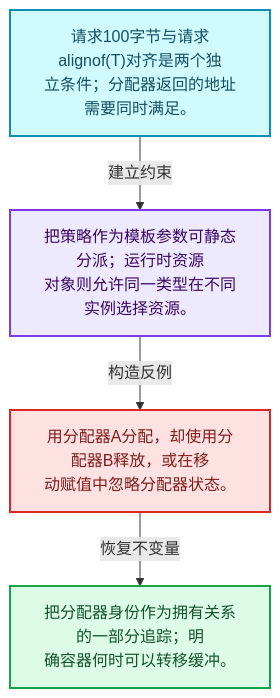
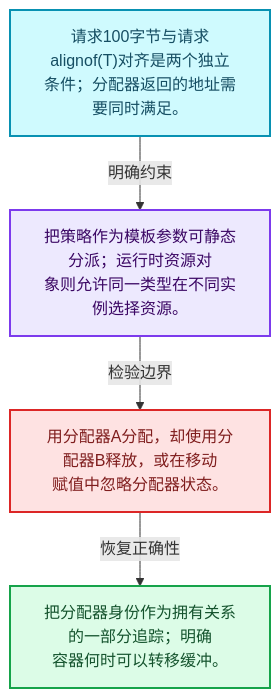
One commit to yunkezengren/blender-.vscode changed the first of 4 diagrams in 杂/markdown/全面学习-codex/01-基础容器与现代CPP/03-内存工具与分配器接口.md. Above: the diagram before and after it, drawn with Mermaid. The commit also changed other lines of this file and 1930 other files, not shown here.

````diff
--- a/杂/markdown/全面学习-codex/01-基础容器与现代CPP/03-内存工具与分配器接口.md
+++ b/杂/markdown/全面学习-codex/01-基础容器与现代CPP/03-内存工具与分配器接口.md
@@ -29,16 +29,16 @@
 ```mermaid
 flowchart TB
-  M["请求100字节与请求alignof(T)对齐是两个独<br/>立条件；分配器返回的地址需要同时满足。"]:::data
-  T["把策略作为模板参数可静态分派；运行时资源<br/>对象则允许同一类型在不同实例选择资源。"]:::abstraction
-  X["用分配器A分配，却使用分配器B释放，或在移<br/>动赋值中忽略分配器状态。"]:::error
-  A["把分配器身份作为拥有关系的一部分追踪；明<br/>确容器何时可以转移缓冲。"]:::result
-  M -->|"建立约束"| T
-  T -->|"构造反例"| X
-  X -->|"恢复不变量"| A
+  M["请求100字节与请求alignof(T)对齐是两个独立<br/>条件；分配器返回的地址需要同时满足。"]:::data
+  C["把策略作为模板参数可静态分派；运行时资源对<br/>象则允许同一类型在不同实例选择资源。"]:::abstraction
+  B["用分配器A分配，却使用分配器B释放，或在移动<br/>赋值中忽略分配器状态。"]:::error
+  R["把分配器身份作为拥有关系的一部分追踪；明确<br/>容器何时可以转移缓冲。"]:::result
+  M -->|"明确约束"| C
+  C -->|"检验边界"| B
+  B -->|"恢复正确性"| R
   classDef input fill:#DBEAFE,stroke:#2563EB,color:#172554,stroke-width:2px;
   classDef data fill:#CFFAFE,stroke:#0891B2,color:#164E63,stroke-width:2px;
   classDef abstraction fill:#EDE9FE,stroke:#7C3AED,color:#3B0764,stroke-width:2px;
   classDef compute fill:#FEF3C7,stroke:#D97706,color:#78350F,stroke-width:2px;
   classDef result fill:#DCFCE7,stroke:#16A34A,color:#14532D,stroke-width:2px;
   classDef error fill:#FEE2E2,stroke:#DC2626,color:#7F1D1D,stroke-width:2px;
 ```
````
